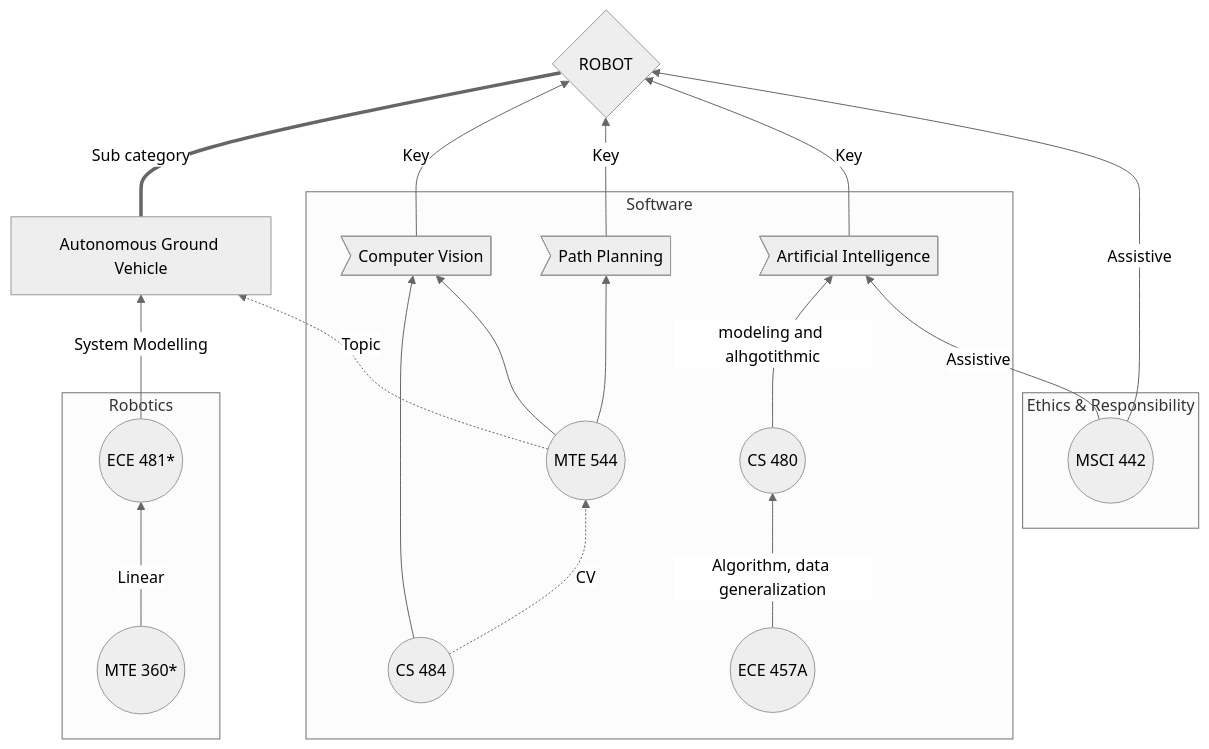
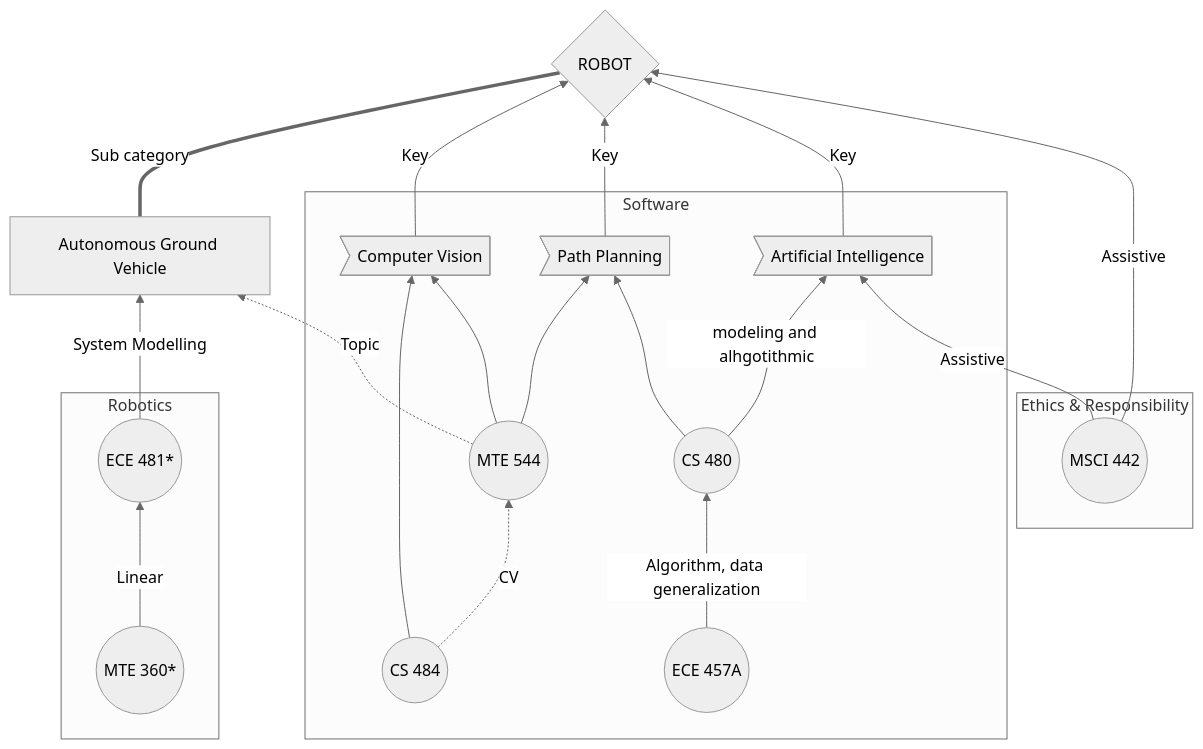
Before and after one commit to jaku-jaku/my-website: the diagram in Resources/Blogs/Mechatronics-AIoption.md, drawn with Mermaid (neutral theme). The commit also changed other lines of this file, not shown here.

````diff
--- a/Resources/Blogs/Mechatronics-AIoption.md
+++ b/Resources/Blogs/Mechatronics-AIoption.md
@@ -236,38 +235,39 @@
 ```mermaid
 graph BT
 A((ECE 457A))
 B((MSCI 442))
 C((CS 480))
 D((MTE 360*))
 E((CS 484))
 F((ECE 481*))
 G((MTE 544))
 H{ROBOT}
 H2[Autonomous Ground Vehicle]
 H3>Artificial Intelligence]
 H4>Computer Vision]
 H5>Path Planning]
 subgraph Robotics 
 D --Linear--> F
 end
 F --System Modelling --> H2
 H2 == Sub category ===H
 subgraph Software
 C --modeling and alhgotithmic-->H3
 A --Algorithm, data generalization--> C
 E --> H4
 G --> H4
 G --> H5
+C --> H5
 E -. CV .-> G
 end
 G -. Topic .-> H2
 H4-- Key -->H
 H5-- Key -->H
 H3-- Key -->H
 subgraph Ethics & Responsibility
 B
 end
 B -- Assistive --> H3
 B -- Assistive --> H
 
 ```
````
